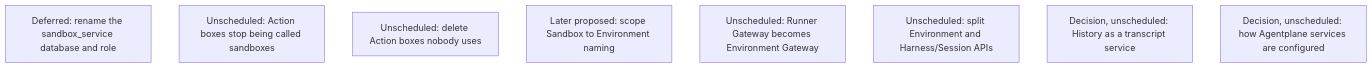
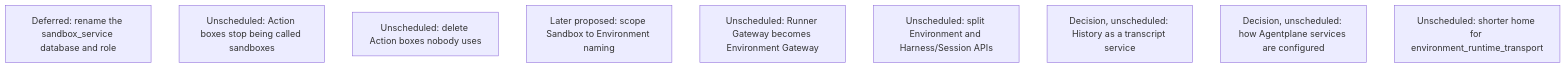
Before and after one commit to agentydragon/ducktape: the tenth of 19 diagrams in agentplane/plans/task_dag.md, drawn with Mermaid. The commit also changed other lines of this file, not shown here.

Commit message:
agentplane/plans: track a shorter home for environment_runtime_transport

````diff
--- a/agentplane/plans/task_dag.md
+++ b/agentplane/plans/task_dag.md
@@ -1993,11 +1993,12 @@
 ```mermaid
 flowchart TD
     HISTORY_DATABASE_RENAME[Deferred: rename the sandbox_service database and role]
     ACTION_BOX_RENAME[Unscheduled: Action boxes stop being called sandboxes]
     ACTION_BOX_IDLE_REAPER[Unscheduled: delete Action boxes nobody uses]
     SANDBOX_ENVIRONMENT_RENAME_DESIGN[Later proposed: scope Sandbox to Environment naming]
     RUNNER_GATEWAY_RENAME[Unscheduled: Runner Gateway becomes Environment Gateway]
     ENVIRONMENT_RUNTIME_SERVICE_SPLIT[Unscheduled: split Environment and Harness/Session APIs]
     HISTORY_SERVICE_RENAME[Decision, unscheduled: History as a transcript service]
     SERVICE_SETTINGS_RETHINK[Decision, unscheduled: how Agentplane services are configured]
+    TRANSPORT_PACKAGE_RENAME[Unscheduled: shorter home for environment_runtime_transport]
 ```
````
